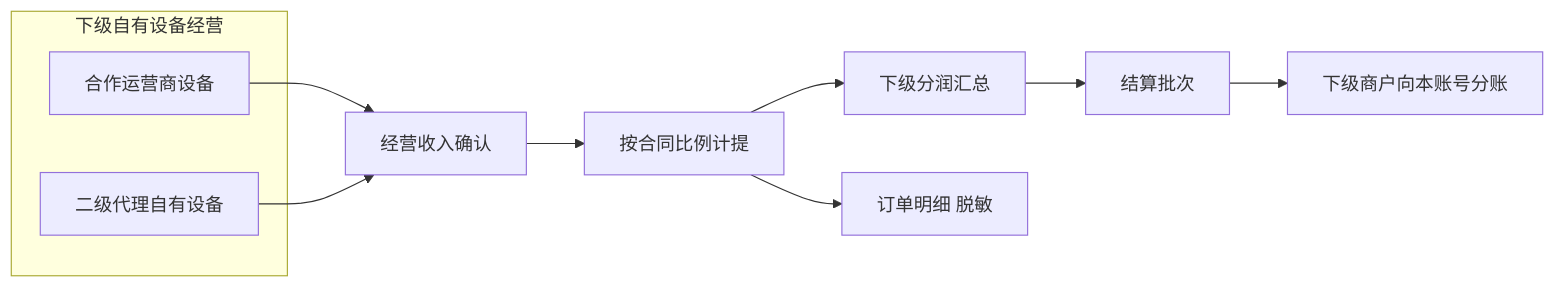
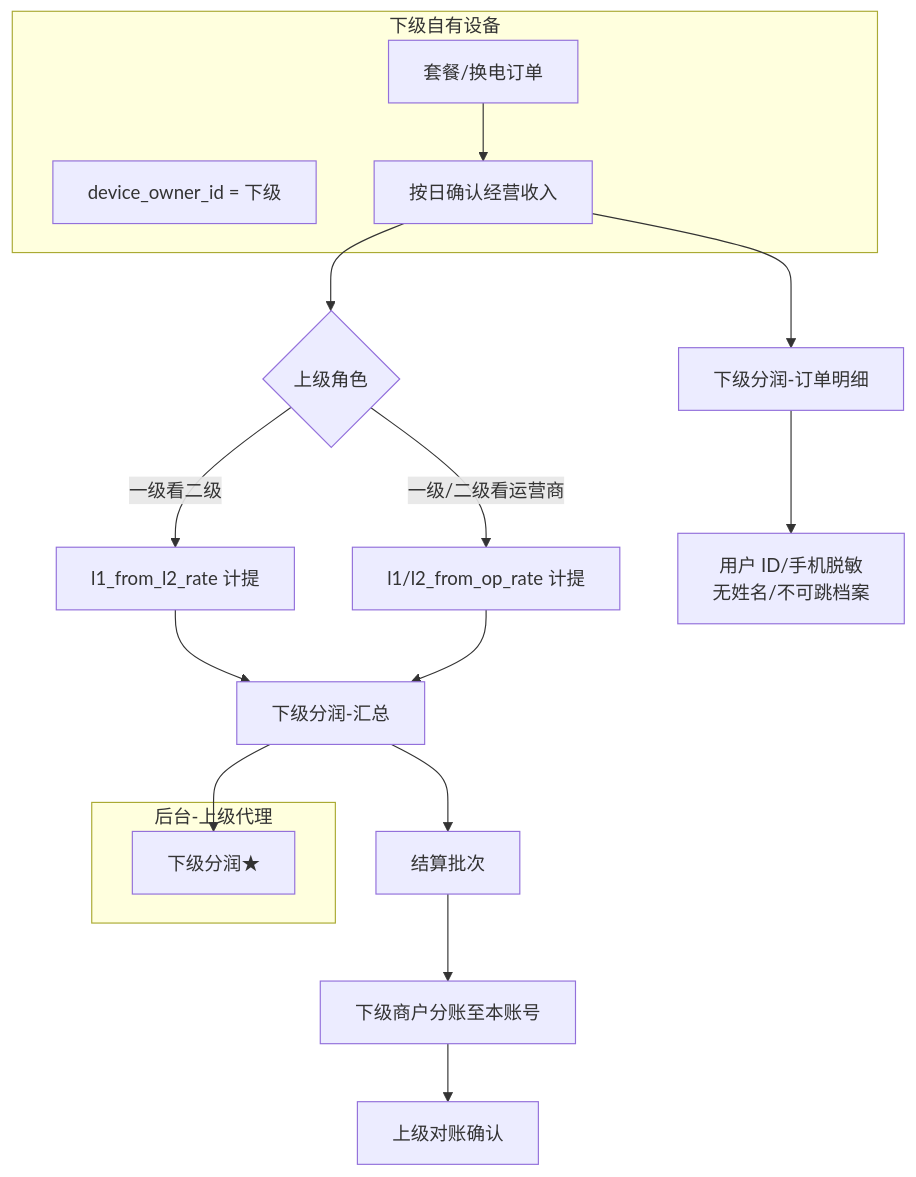
Before and after one commit to liudali/rider-swap-operator-prototype: the ninth of 16 diagrams in docs/功能结构与业务流程.md, drawn with Mermaid. The commit also changed other lines of this file and 1 other file, not shown here.

Commit message:
Expand core business process flows with steps, states, and edge cases.

````diff
--- a/docs/功能结构与业务流程.md
+++ b/docs/功能结构与业务流程.md
@@ -232,14 +338,26 @@
 ```mermaid
-flowchart LR
-  subgraph sub [下级自有设备经营]
-    OP2[合作运营商设备]
-    L2D[二级代理自有设备]
+flowchart TD
+  subgraph lower [下级自有设备]
+    D[device_owner_id = 下级]
+    PO[套餐/换电订单]
+    PO --> REV[按日确认经营收入]
   end
-  OP2 --> Rev[经营收入确认]
-  L2D --> Rev
-  Rev --> Calc[按合同比例计提]
-  Calc --> Ledger[下级分润汇总]
-  Calc --> Detail[订单明细 脱敏]
-  Ledger --> Batch[结算批次]
-  Batch --> Pay[下级商户向本账号分账]
+
+  REV --> CALC{上级角色}
+  CALC -->|一级看二级| R1[l1_from_l2_rate 计提]
+  CALC -->|一级/二级看运营商| R2[l1/l2_from_op_rate 计提]
+
+  R1 --> SUM[下级分润-汇总]
+  R2 --> SUM
+  REV --> DET[下级分润-订单明细]
+  DET --> PRIV[用户 ID/手机脱敏<br/>无姓名/不可跳档案]
+
+  SUM --> BAT[结算批次]
+  BAT --> PAY[下级商户分账至本账号]
+  PAY --> REC[上级对账确认]
+
+  subgraph menu [后台-上级代理]
+    M1[下级分润★]
+  end
+  SUM --> M1
 ```
````
